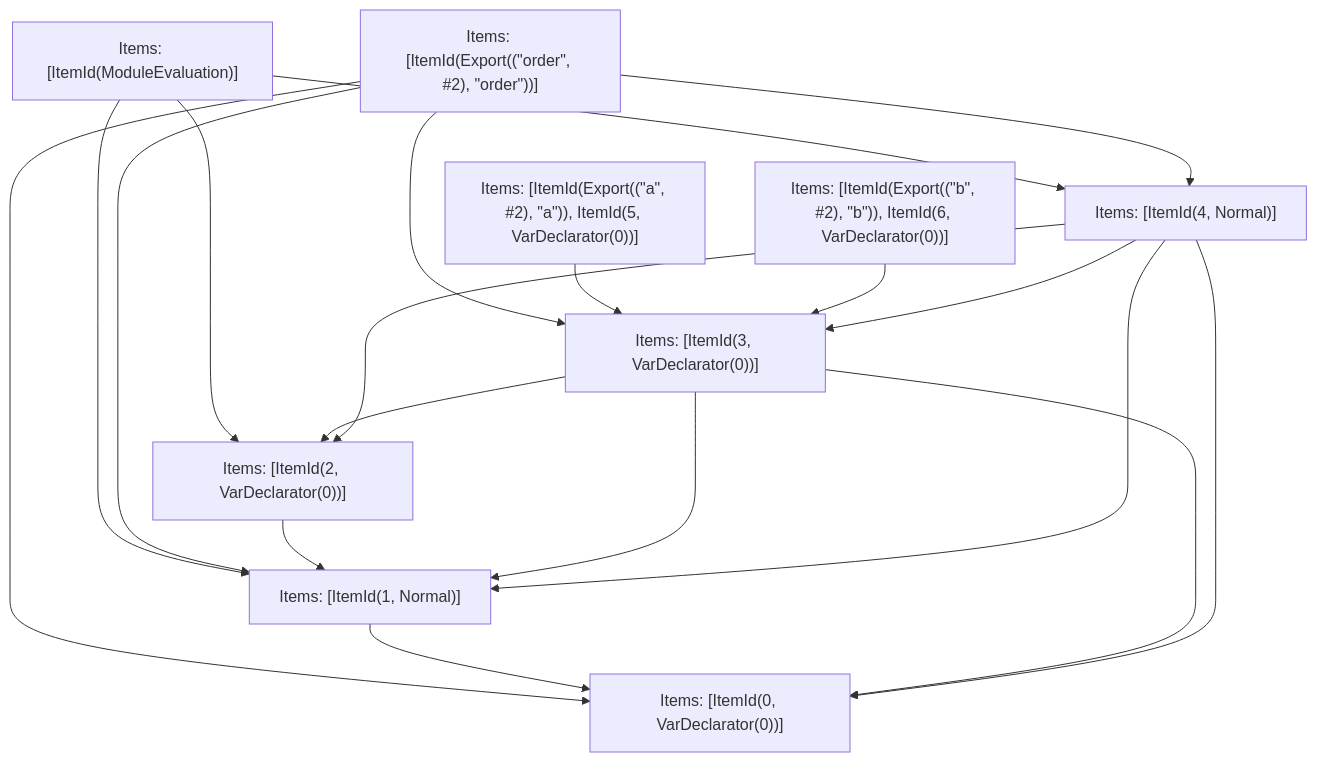
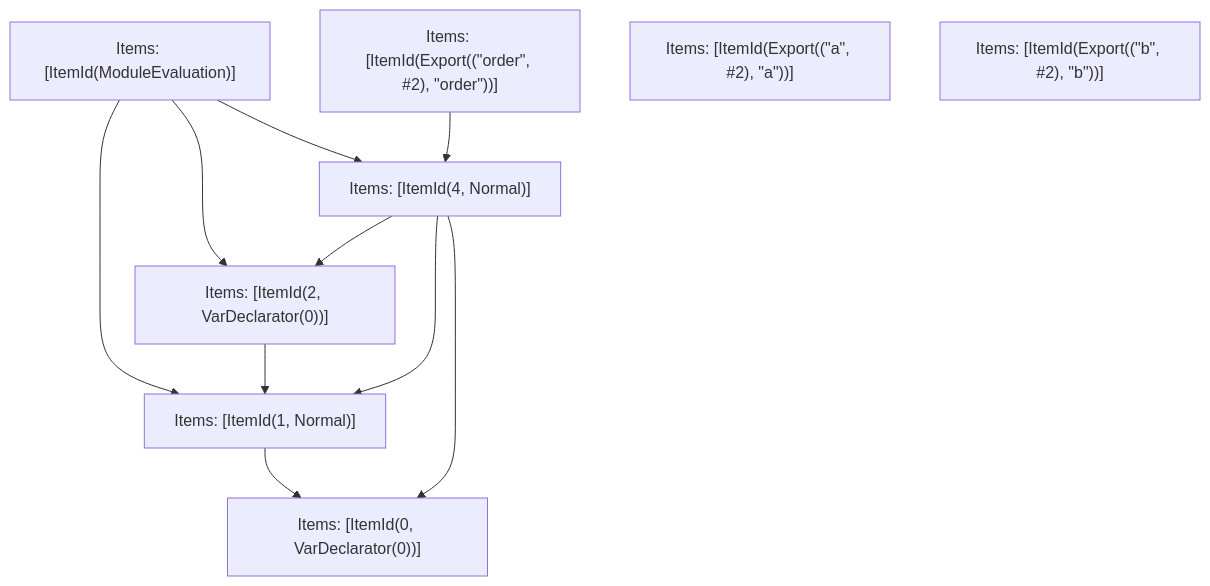
Before and after one commit to vercel/turborepo: the fifth of 5 diagrams in crates/turbopack-ecmascript/tests/tree-shaker/analyzer/shared-2/output.md, drawn with Mermaid. The commit also changed other lines of this file and 20 other files, not shown here.

````diff
--- a/crates/turbopack-ecmascript/tests/tree-shaker/analyzer/shared-2/output.md
+++ b/crates/turbopack-ecmascript/tests/tree-shaker/analyzer/shared-2/output.md
@@ -224,30 +216,20 @@
 ```mermaid
 graph TD
     N0["Items: [ItemId(ModuleEvaluation)]"];
     N1["Items: [ItemId(Export((&quot;order&quot;, #2), &quot;order&quot;))]"];
-    N2["Items: [ItemId(Export((&quot;a&quot;, #2), &quot;a&quot;)), ItemId(5, VarDeclarator(0))]"];
-    N3["Items: [ItemId(Export((&quot;b&quot;, #2), &quot;b&quot;)), ItemId(6, VarDeclarator(0))]"];
+    N2["Items: [ItemId(Export((&quot;a&quot;, #2), &quot;a&quot;))]"];
+    N3["Items: [ItemId(Export((&quot;b&quot;, #2), &quot;b&quot;))]"];
     N4["Items: [ItemId(0, VarDeclarator(0))]"];
     N5["Items: [ItemId(1, Normal)]"];
     N6["Items: [ItemId(2, VarDeclarator(0))]"];
-    N7["Items: [ItemId(3, VarDeclarator(0))]"];
-    N8["Items: [ItemId(4, Normal)]"];
+    N7["Items: [ItemId(4, Normal)]"];
     N0 --> N5;
     N0 --> N6;
-    N0 --> N8;
-    N1 --> N4;
-    N1 --> N5;
+    N0 --> N7;
     N1 --> N7;
-    N1 --> N8;
-    N2 --> N7;
-    N3 --> N7;
     N5 --> N4;
     N6 --> N5;
-    N7 --> N6;
     N7 --> N4;
     N7 --> N5;
-    N8 --> N4;
-    N8 --> N5;
-    N8 --> N7;
-    N8 --> N6;
+    N7 --> N6;
 ```
````
